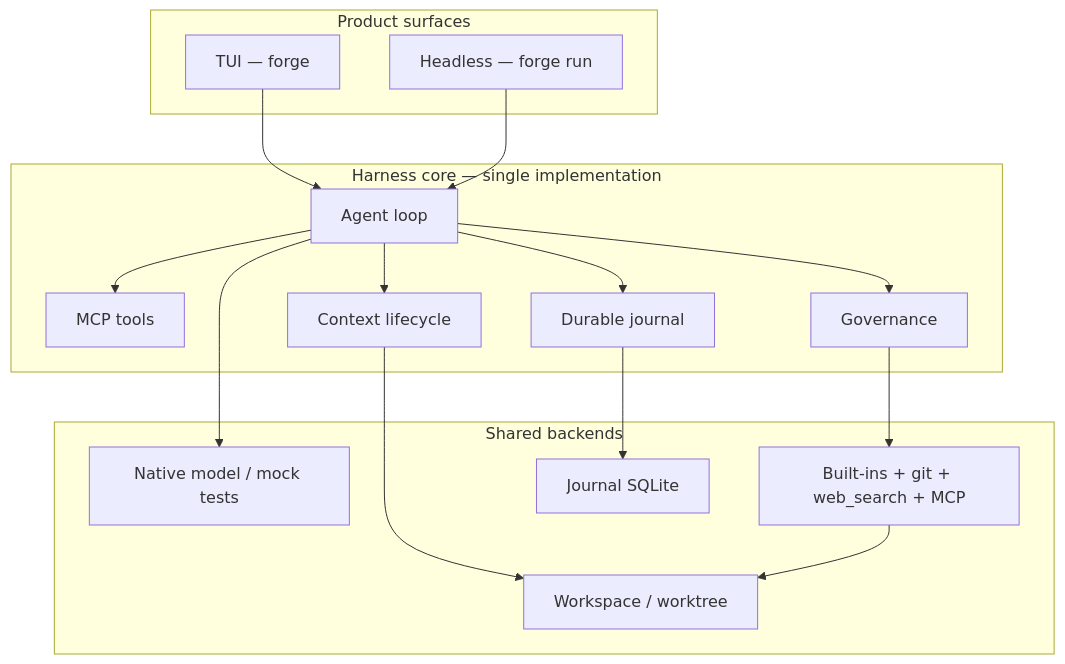
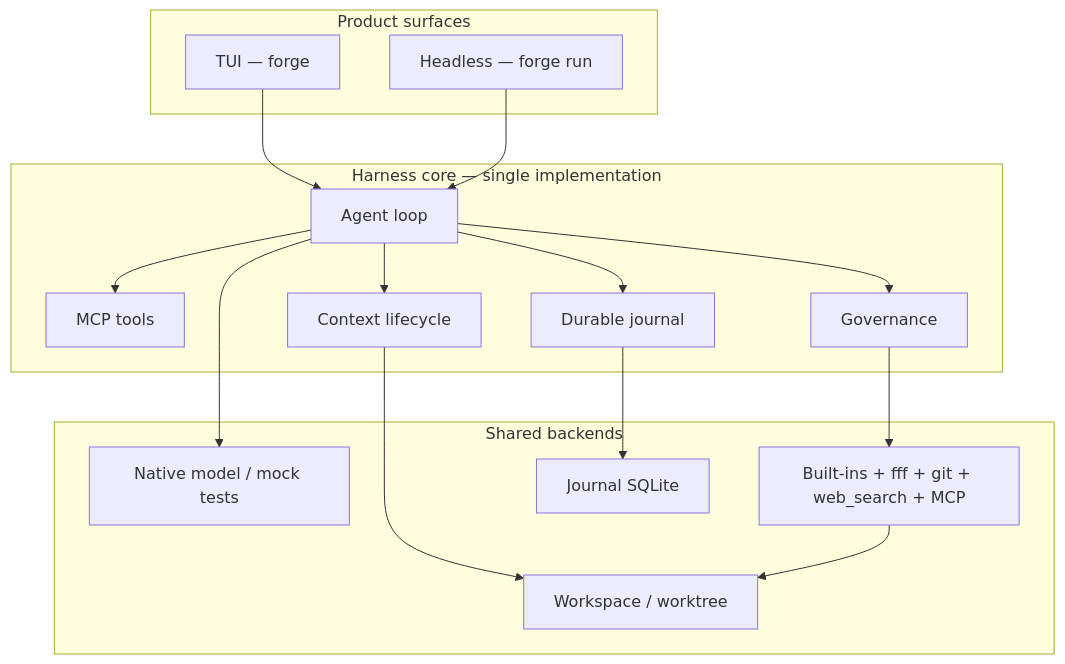
Diagram 12 of 14 in docs/architecture.md (NorviaLabs/forge), drawn with Mermaid before and after one commit. The commit also changed other lines of this file and 1 other file, not shown here.

Commit message:
Document skills packs and refresh built-in tool lists

````diff
--- a/docs/architecture.md
+++ b/docs/architecture.md
@@ -613,34 +622,34 @@
 ```mermaid
 flowchart TB
   subgraph product["Product surfaces"]
     TUI["TUI — forge"]
     HD["Headless — forge run"]
   end
 
   subgraph harness["Harness core — single implementation"]
     LOOP[Agent loop]
     MCP[MCP tools]
     CTX[Context lifecycle]
     DUR[Durable journal]
     GOV[Governance]
   end
 
   subgraph shared["Shared backends"]
     M[Native model / mock tests]
-    TOOLS[Built-ins + git + web_search + MCP]
+    TOOLS[Built-ins + fff + git + web_search + MCP]
     J[Journal SQLite]
     WS[Workspace / worktree]
   end
 
   TUI --> LOOP
   HD --> LOOP
   LOOP --> CTX
   LOOP --> DUR
   LOOP --> GOV
   LOOP --> M
   LOOP --> MCP
   GOV --> TOOLS
   DUR --> J
   CTX --> WS
   TOOLS --> WS
 ```
````
